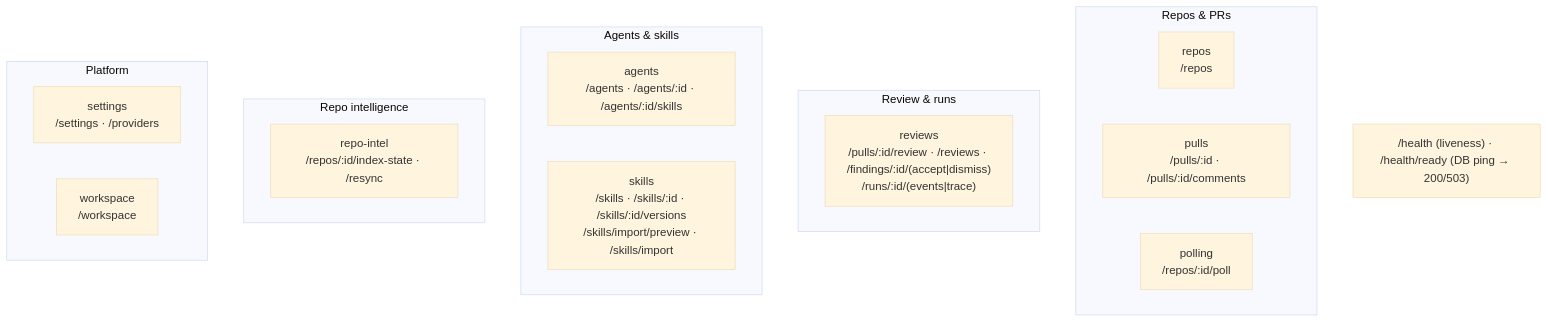
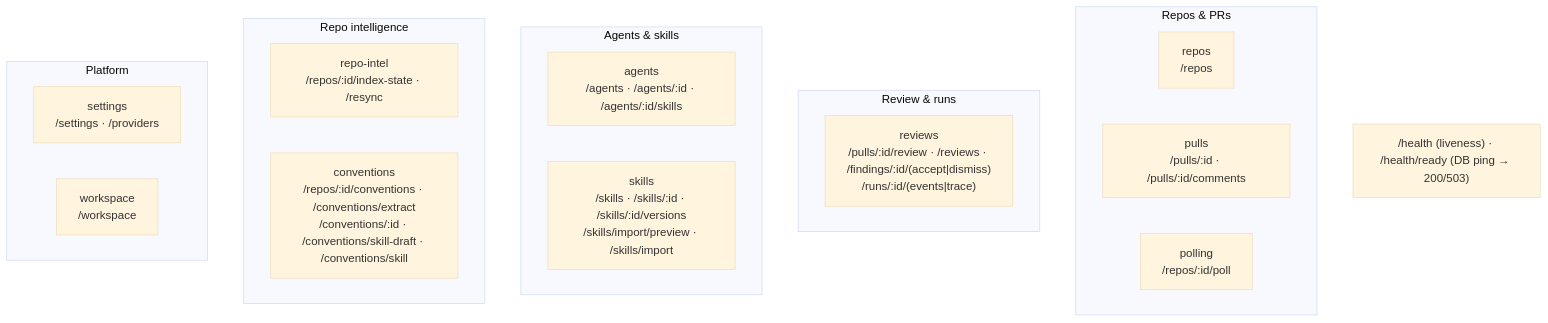
Before and after one commit to malinovskiy-alex/dev-digest: the second of 2 diagrams in server/README.md, drawn with Mermaid (base theme). The commit also changed other lines of this file and 48 other files, not shown here.

First line of the commit message:
feat(l03): extract repo conventions and turn the accepted ones into a skill

````diff
--- a/server/README.md
+++ b/server/README.md
@@ -64,23 +64,24 @@
 ```mermaid
 flowchart TB
   subgraph Repos_PRs["Repos & PRs"]
     repos["repos<br/>/repos"]
     pulls["pulls<br/>/pulls/:id · /pulls/:id/comments"]
     polling["polling<br/>/repos/:id/poll"]
   end
   subgraph Review["Review & runs"]
     reviews["reviews<br/>/pulls/:id/review · /reviews · /findings/:id/(accept|dismiss)<br/>/runs/:id/(events|trace)"]
   end
   subgraph Agents["Agents & skills"]
     agents["agents<br/>/agents · /agents/:id · /agents/:id/skills"]
     skills["skills<br/>/skills · /skills/:id · /skills/:id/versions<br/>/skills/import/preview · /skills/import"]
   end
   subgraph Intel["Repo intelligence"]
     repoIntel["repo-intel<br/>/repos/:id/index-state · /resync"]
+    conventions["conventions<br/>/repos/:id/conventions · /conventions/extract<br/>/conventions/:id · /conventions/skill-draft · /conventions/skill"]
   end
   subgraph Platform["Platform"]
     settings["settings<br/>/settings · /providers"]
     workspace["workspace<br/>/workspace"]
   end
   HEALTH["/health (liveness) · /health/ready (DB ping → 200/503)"]
 ```
````
